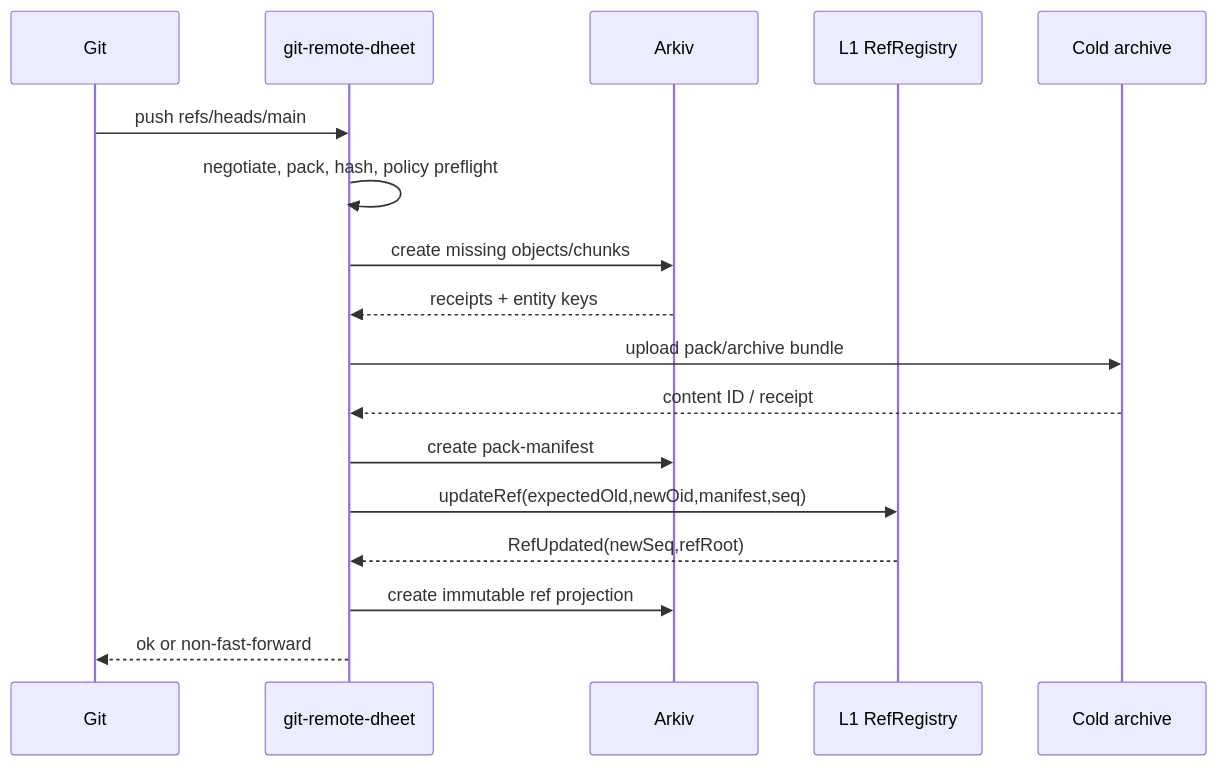
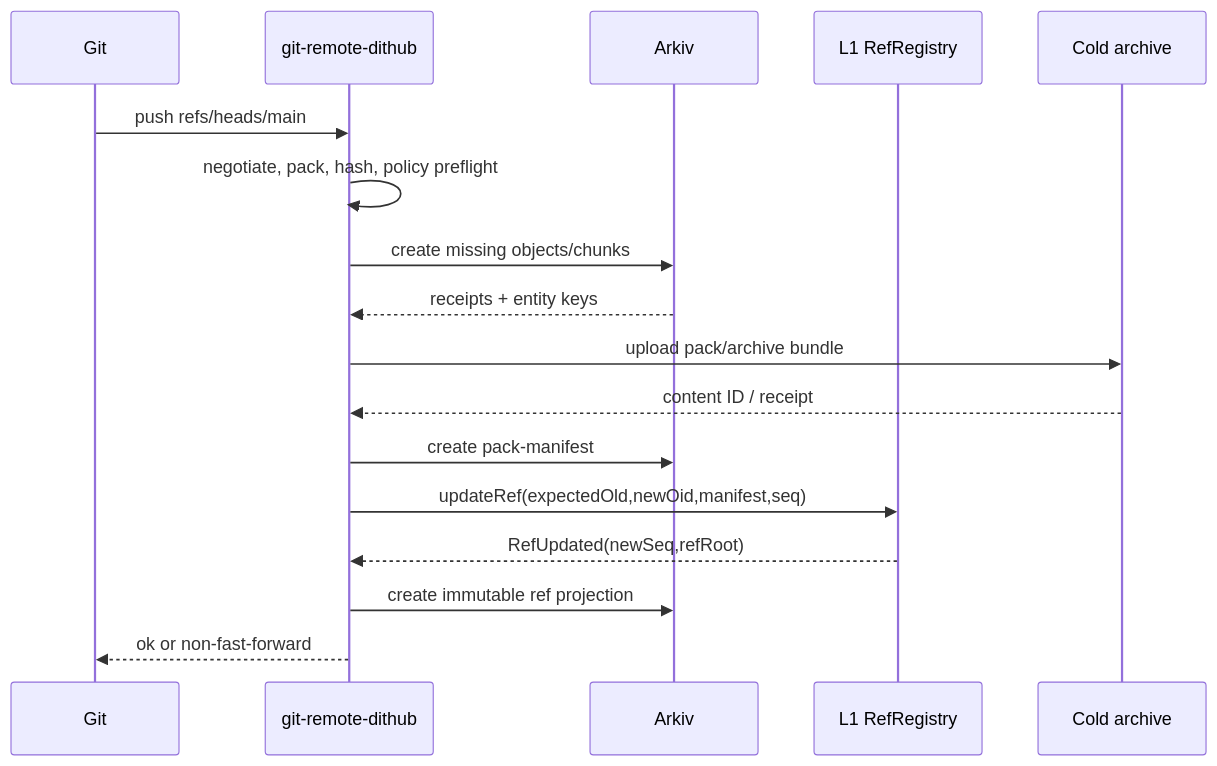
Before and after one commit to rootp1/dithub: the second of 5 diagrams in plan.md, drawn with Mermaid. The commit also changed other lines of this file and 48 other files, not shown here.

Commit message:
Rename Dheet to Dithub

````diff
--- a/plan.md
+++ b/plan.md
@@ -361,19 +361,19 @@
 ```mermaid
 sequenceDiagram
   participant G as Git
-  participant D as git-remote-dheet
+  participant D as git-remote-dithub
   participant A as Arkiv
   participant L as L1 RefRegistry
   participant C as Cold archive
   G->>D: push refs/heads/main
   D->>D: negotiate, pack, hash, policy preflight
   D->>A: create missing objects/chunks
   A-->>D: receipts + entity keys
   D->>C: upload pack/archive bundle
   C-->>D: content ID / receipt
   D->>A: create pack-manifest
   D->>L: updateRef(expectedOld,newOid,manifest,seq)
   L-->>D: RefUpdated(newSeq,refRoot)
   D->>A: create immutable ref projection
   D-->>G: ok or non-fast-forward
 ```
````
